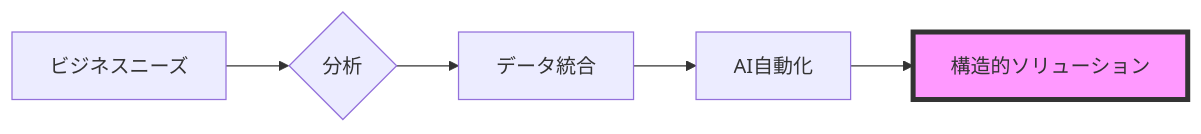
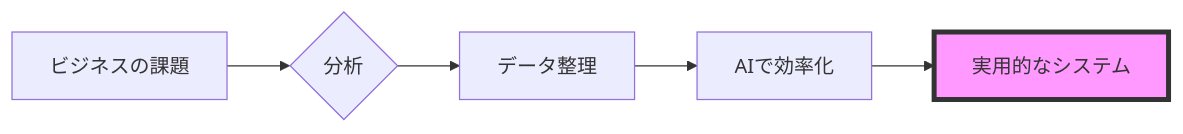
One commit to welltilln/welltilln changed the diagram in docs/README-JA.md. Above: the diagram before and after it, drawn with Mermaid. The commit also changed other lines of this file and 3 other files, not shown here.

````diff
--- a/docs/README-JA.md
+++ b/docs/README-JA.md
@@ -116,9 +112,9 @@
 ```mermaid
 graph LR
-    A[ビジネスニーズ] --> B{分析}
-    B --> C[データ統合]
-    C --> D[AI自動化]
-    D --> E[構造的ソリューション]
+    A[ビジネスの課題] --> B{分析}
+    B --> C[データ整理]
+    C --> D[AIで効率化]
+    D --> E[実用的なシステム]
     
     style E fill:#f9f,stroke:#333,stroke-width:4px
 ```
````
